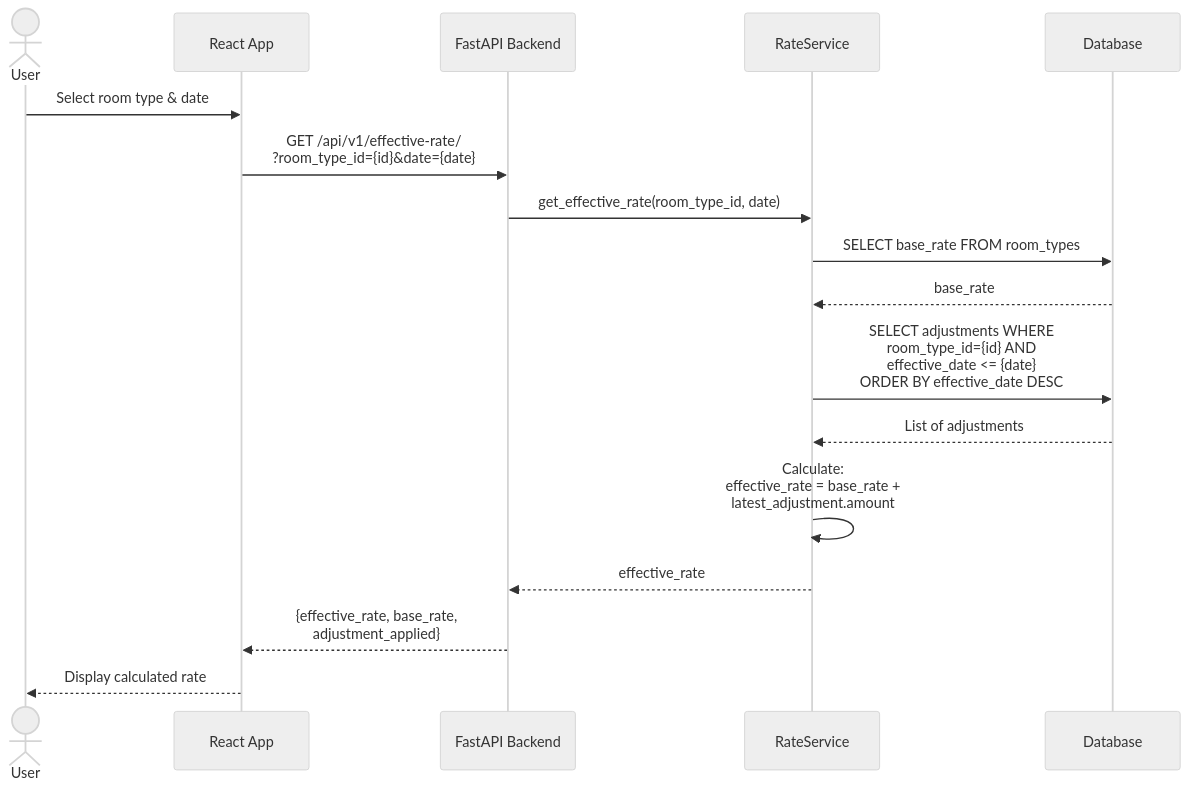
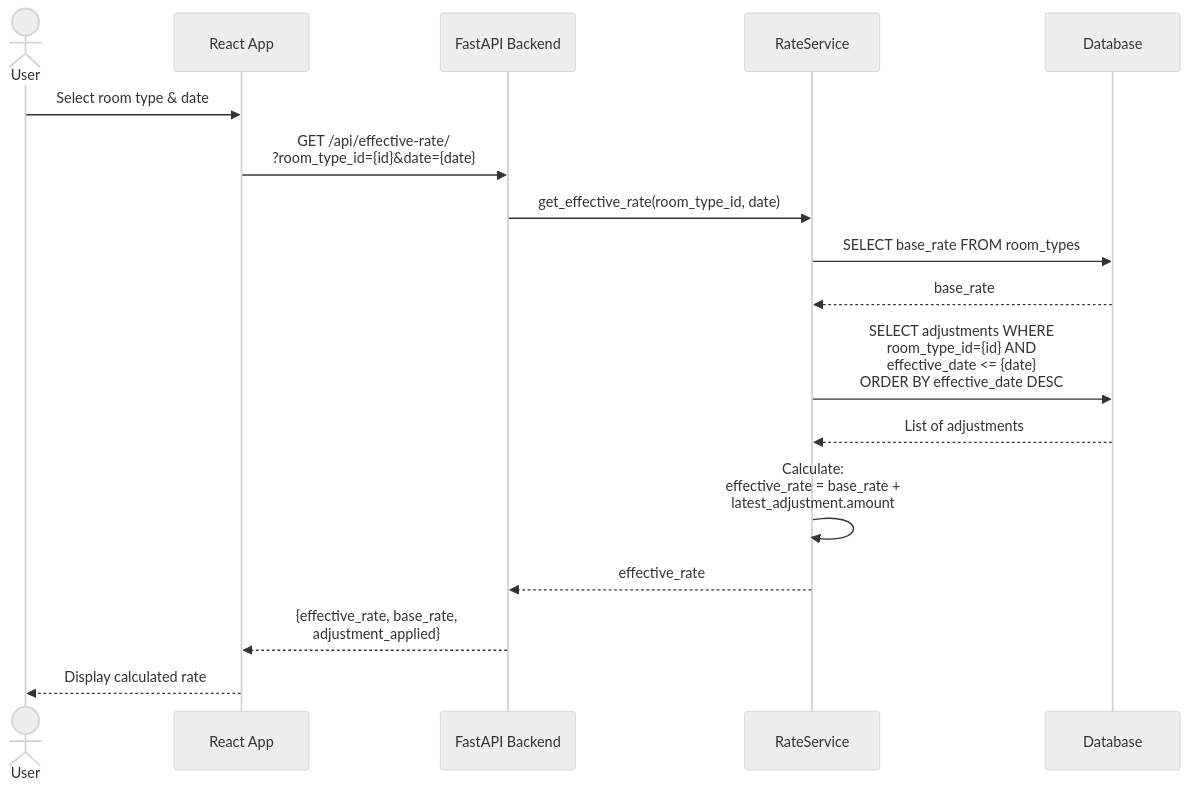
Before and after one commit to SaviNimz/Basic-Hotel-Platform: the seventh of 8 diagrams in docs/ARCHITECTURE.md, drawn with Mermaid (neutral theme). The commit also changed other lines of this file, not shown here.

````diff
--- a/docs/ARCHITECTURE.md
+++ b/docs/ARCHITECTURE.md
@@ -266,20 +266,20 @@
 ```mermaid
 sequenceDiagram
     actor User
     participant UI as React App
     participant API as FastAPI Backend
     participant RateService as RateService
     participant DB as Database
 
     User->>UI: Select room type & date
-    UI->>API: GET /api/v1/effective-rate/<br/>?room_type_id={id}&date={date}
+    UI->>API: GET /api/effective-rate/<br/>?room_type_id={id}&date={date}
     API->>RateService: get_effective_rate(room_type_id, date)
     RateService->>DB: SELECT base_rate FROM room_types
     DB-->>RateService: base_rate
     RateService->>DB: SELECT adjustments WHERE<br/>room_type_id={id} AND<br/>effective_date <= {date}<br/>ORDER BY effective_date DESC
     DB-->>RateService: List of adjustments
     RateService->>RateService: Calculate:<br/>effective_rate = base_rate +<br/>latest_adjustment.amount
     RateService-->>API: effective_rate
     API-->>UI: {effective_rate, base_rate,<br/>adjustment_applied}
     UI-->>User: Display calculated rate
 ```
````
